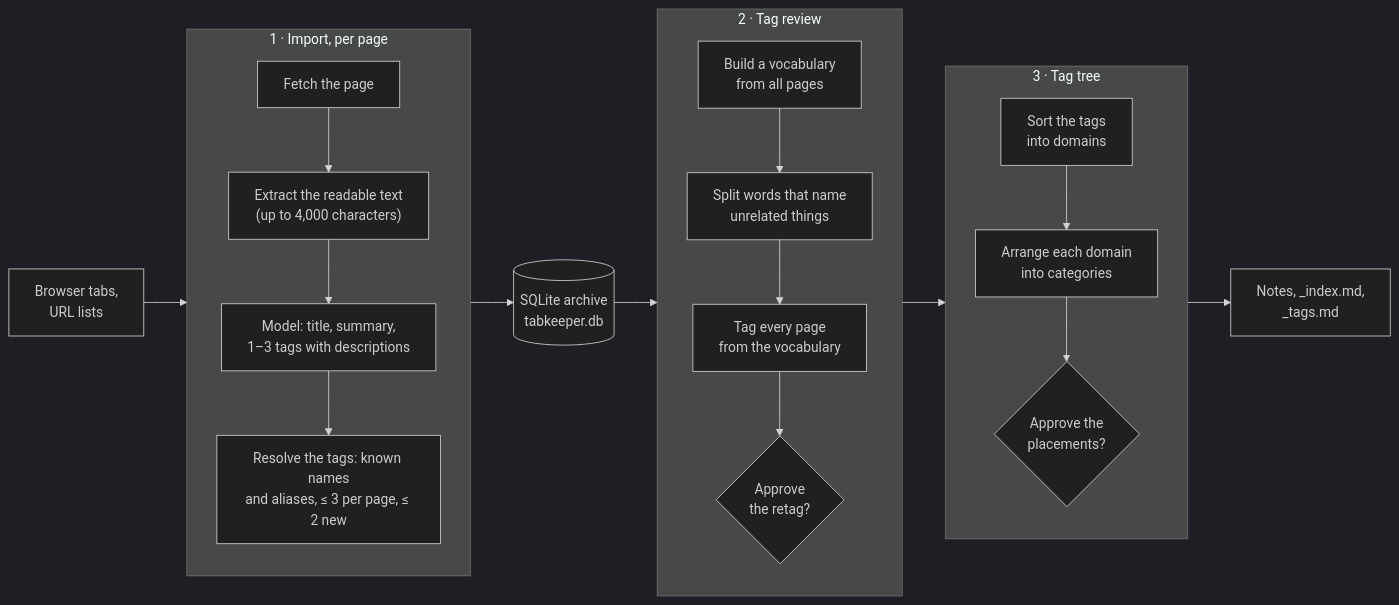
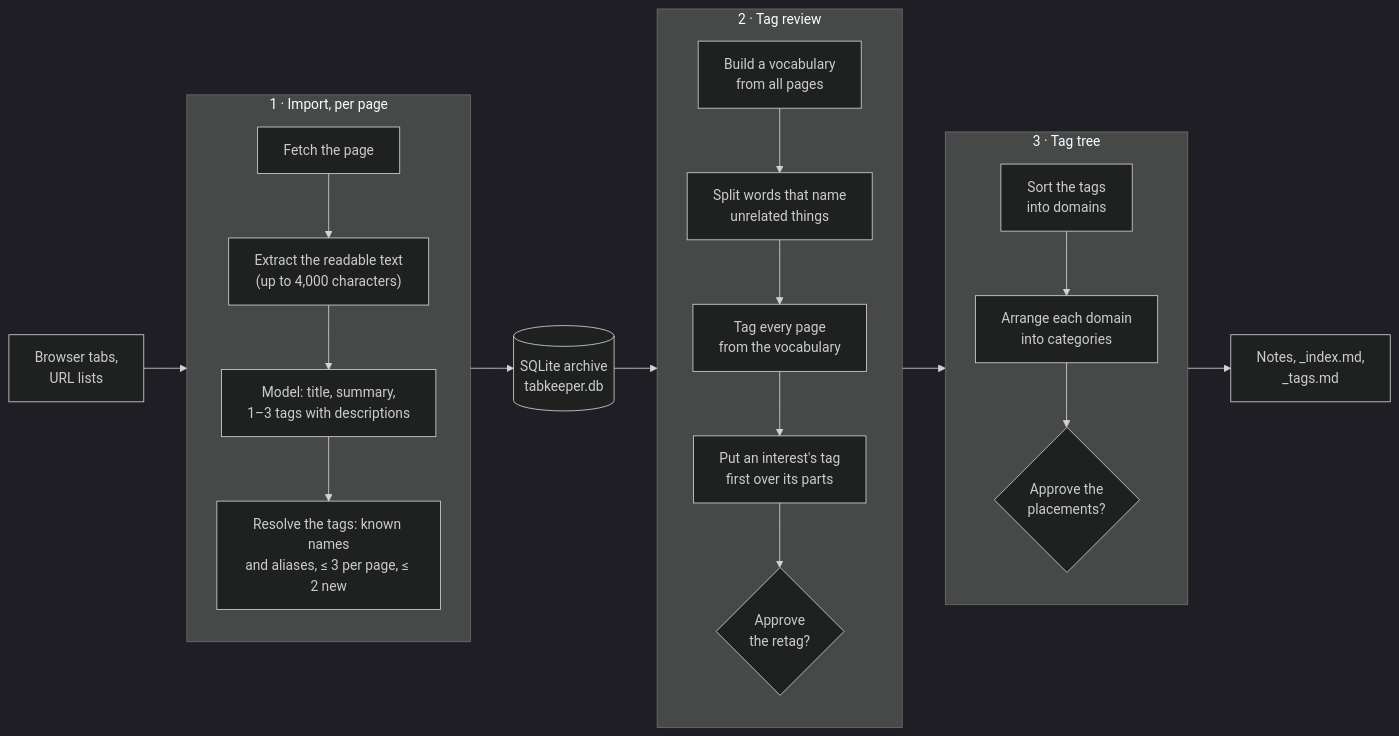
The first of 10 diagrams in docs/tagging-algorithm.md (agegechkori/tabkeeper), drawn with Mermaid (dark theme) before and after one commit. The commit also changed other lines of this file and 6 other files, not shown here.

````diff
--- a/docs/tagging-algorithm.md
+++ b/docs/tagging-algorithm.md
@@ -35,25 +35,26 @@
 ```mermaid
 flowchart LR
   urls["Browser tabs,<br/>URL lists"] --> imp
   subgraph imp["1 · Import, per page"]
     direction TB
     f["Fetch the page"] --> x["Extract the readable text<br/>(up to 4,000 characters)"]
     x --> s["Model: title, summary,<br/>1–3 tags with descriptions"]
     s --> r["Resolve the tags: known names<br/>and aliases, ≤ 3 per page, ≤ 2 new"]
   end
   imp --> db[("SQLite archive<br/>tabkeeper.db")]
   db --> rev
   subgraph rev["2 · Tag review"]
     direction TB
     v["Build a vocabulary<br/>from all pages"] --> m["Split words that name<br/>unrelated things"]
     m --> c["Tag every page<br/>from the vocabulary"]
-    c --> a{"Approve<br/>the retag?"}
+    c --> u["Put an interest's tag<br/>first over its parts"]
+    u --> a{"Approve<br/>the retag?"}
   end
   rev --> tree
   subgraph tree["3 · Tag tree"]
     direction TB
     d["Sort the tags<br/>into domains"] --> b["Arrange each domain<br/>into categories"]
     b --> a2{"Approve the<br/>placements?"}
   end
   tree --> notes["Notes, _index.md,<br/>_tags.md"]
 ```
````
